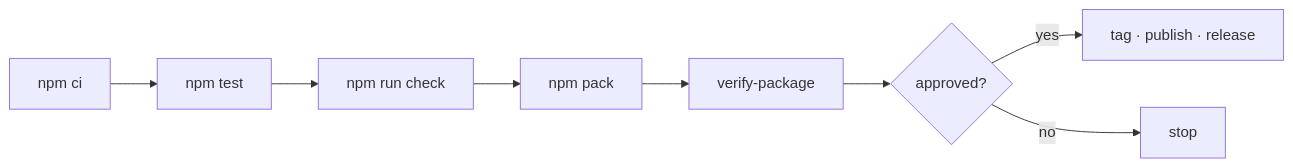
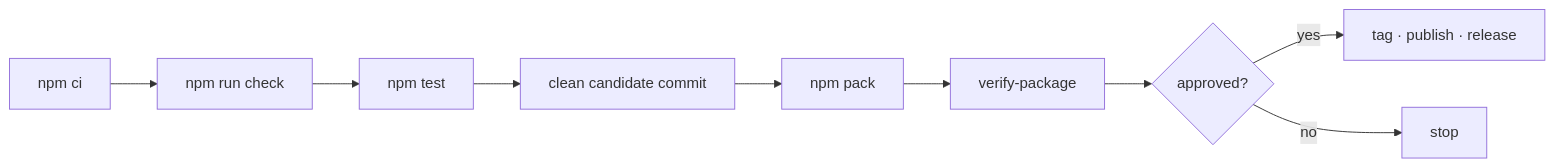
One commit to automatis-tools/agents-can-communicate changed the diagram in docs/RELEASING.md. Above: the diagram before and after it, drawn with Mermaid. The commit also changed other lines of this file and 28 other files, not shown here.

Commit message:
release: prepare ACC v0.2.0 candidate

````diff
--- a/docs/RELEASING.md
+++ b/docs/RELEASING.md
@@ -3,6 +3,6 @@
 ```mermaid
 graph LR
-  A[npm ci] --> B[npm test] --> C[npm run check] --> D[npm pack] --> E[verify-package] --> F{approved?}
-  F -->|yes| G[tag · publish · release]
-  F -->|no| H[stop]
+  A[npm ci] --> B[npm run check] --> C[npm test] --> D[clean candidate commit] --> E[npm pack] --> F[verify-package] --> G{approved?}
+  G -->|yes| H[tag · publish · release]
+  G -->|no| I[stop]
 ```
````
